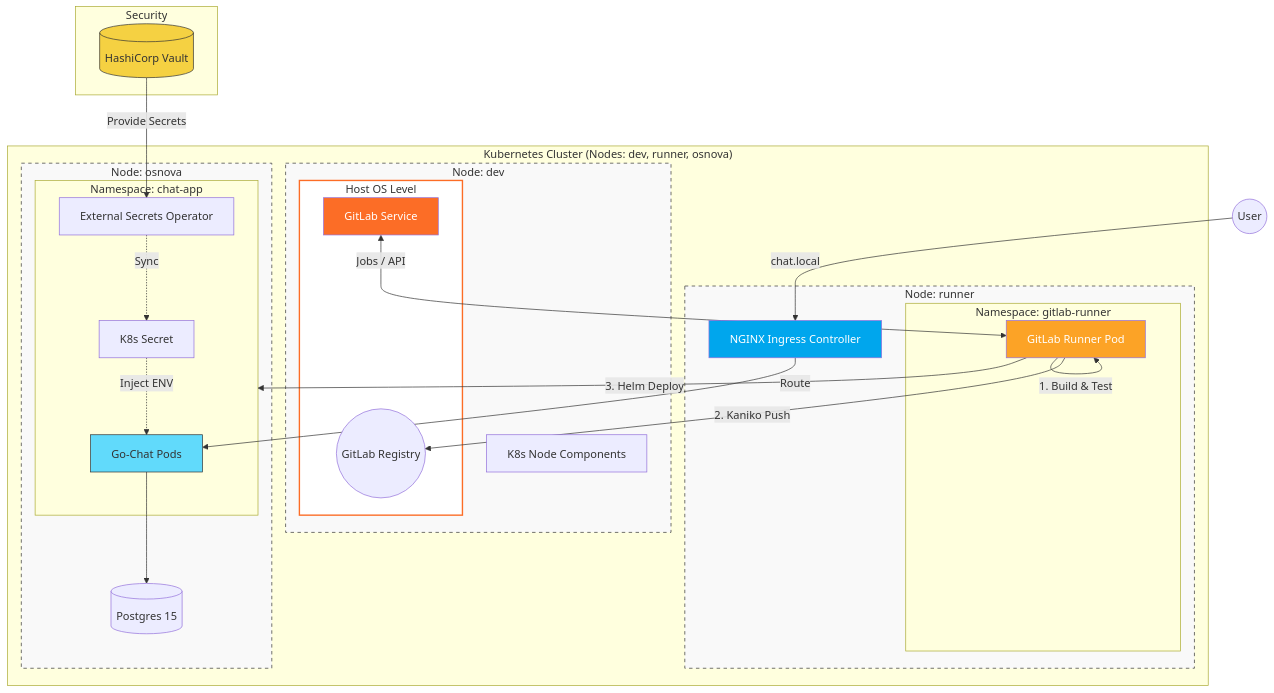
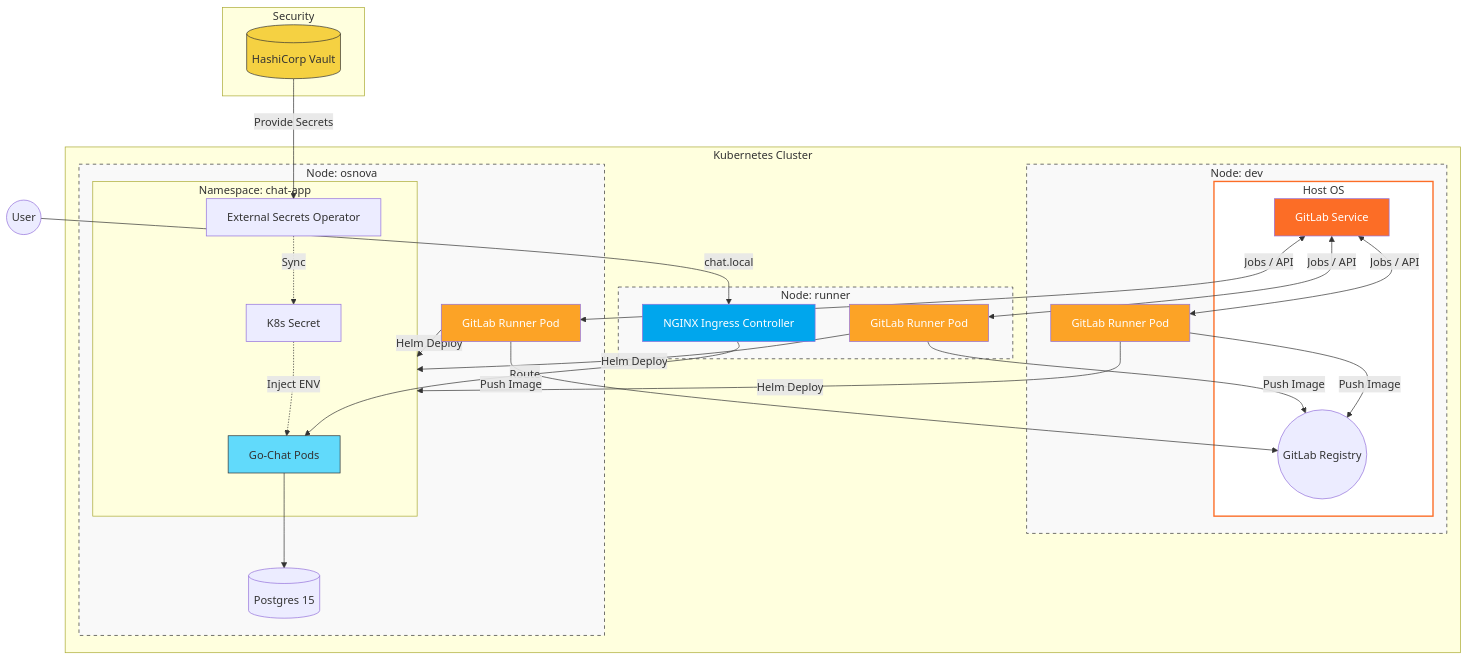
The diagram in README.md (dunaevartem/QM), drawn with Mermaid before and after one commit.

Commit message:
Update file README.md

````diff
--- a/README.md
+++ b/README.md
@@ -1,61 +1,64 @@
 ```mermaid
 graph TD
-    subgraph Cluster ["Kubernetes Cluster (Nodes: dev, runner, osnova)"]
+    subgraph Cluster ["Kubernetes Cluster"]
         
         subgraph Node_DEV ["Node: dev"]
-            subgraph OS_DEV ["Host OS Level"]
+            subgraph OS_DEV ["Host OS"]
                 GitLab[GitLab Service]
                 Registry((GitLab Registry))
             end
-            K8s_Runtime_D[K8s Node Components]
+            R_Pod1[GitLab Runner Pod]
         end
 
         subgraph Node_RUNNER ["Node: runner"]
-            subgraph R_NS ["Namespace: gitlab-runner"]
-                Runner[GitLab Runner Pod]
-            end
+            R_Pod2[GitLab Runner Pod]
             Ingress[NGINX Ingress Controller]
         end
 
         subgraph Node_OSNOVA ["Node: osnova"]
             subgraph AppNS ["Namespace: chat-app"]
                 Pods[Go-Chat Pods]
                 ESO[External Secrets Operator]
                 K8sSecret[K8s Secret]
             end
+            R_Pod3[GitLab Runner Pod]
             DB[(Postgres 15)]
         end
         
     end
 
     subgraph External ["Security"]
         Vault[(HashiCorp Vault)]
     end
 
-    %% Трафик пользователя
+    %% Трафик и связи
     User((User)) -->|chat.local| Ingress
     Ingress -->|Route| Pods
+    
+    %% CI/CD Потоки (теперь от любого пода-раннера)
+    GitLab <-->|Jobs / API| R_Pod1
+    GitLab <-->|Jobs / API| R_Pod2
+    GitLab <-->|Jobs / API| R_Pod3
 
-    %% CI/CD Потоки (Runner внутри K8s -> GitLab на хосте)
-    GitLab <-->|Jobs / API| Runner
-    Runner -->|1. Build & Test| Runner
-    Runner -->|2. Kaniko Push| Registry
-    Runner -->|3. Helm Deploy| AppNS
+    R_Pod1 & R_Pod2 & R_Pod3 -->|Push Image| Registry
+    R_Pod1 & R_Pod2 & R_Pod3 -->|Helm Deploy| AppNS
 
-    %% Работа с секретами и данными
+    %% Секреты
     Vault -->|Provide Secrets| ESO
     ESO -.->|Sync| K8sSecret
     K8sSecret -.->|Inject ENV| Pods
     Pods --> DB
 
     %% Стилизация
     style OS_DEV fill:#fff,stroke:#fc6d26,stroke-width:2px
     style GitLab fill:#fc6d26,color:#fff
-    style Runner fill:#fca326,color:#fff
+    style R_Pod1 fill:#fca326,color:#fff
+    style R_Pod2 fill:#fca326,color:#fff
+    style R_Pod3 fill:#fca326,color:#fff
     style Ingress fill:#00a6ed,color:#fff
     style Vault fill:#f5d142,stroke:#333
     style Pods fill:#61dafb,stroke:#333
     style Node_DEV fill:#f9f9f9,stroke:#333,stroke-dasharray: 5 5
     style Node_RUNNER fill:#f9f9f9,stroke:#333,stroke-dasharray: 5 5
     style Node_OSNOVA fill:#f9f9f9,stroke:#333,stroke-dasharray: 5 5
 ```
````
